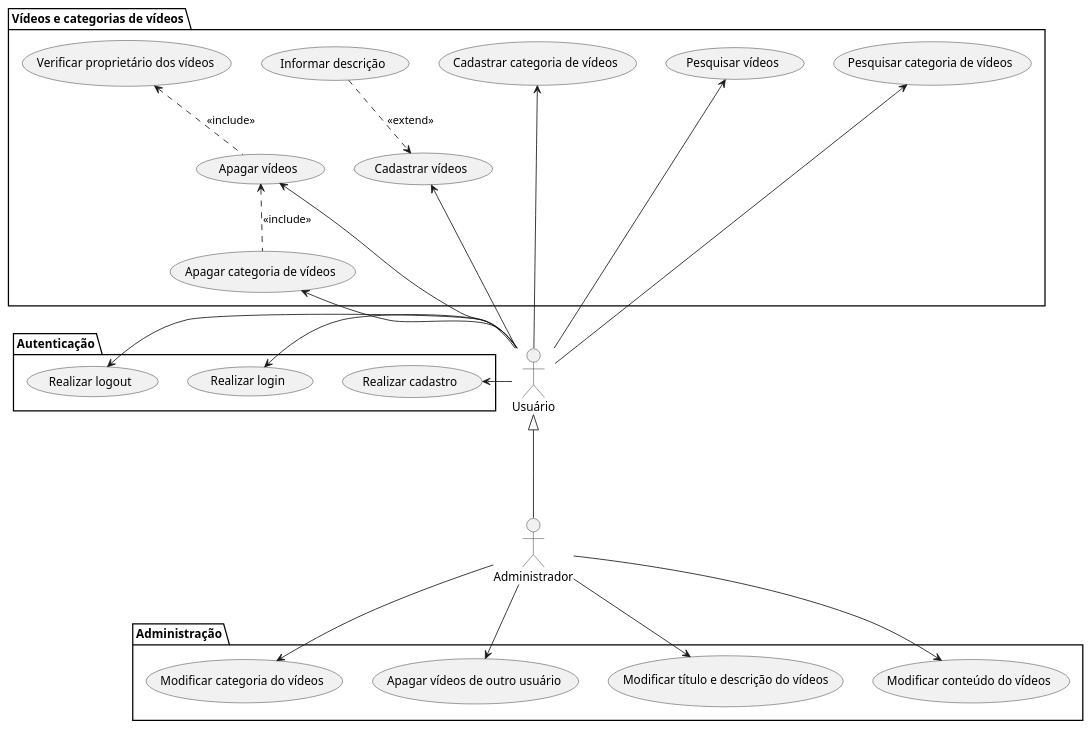
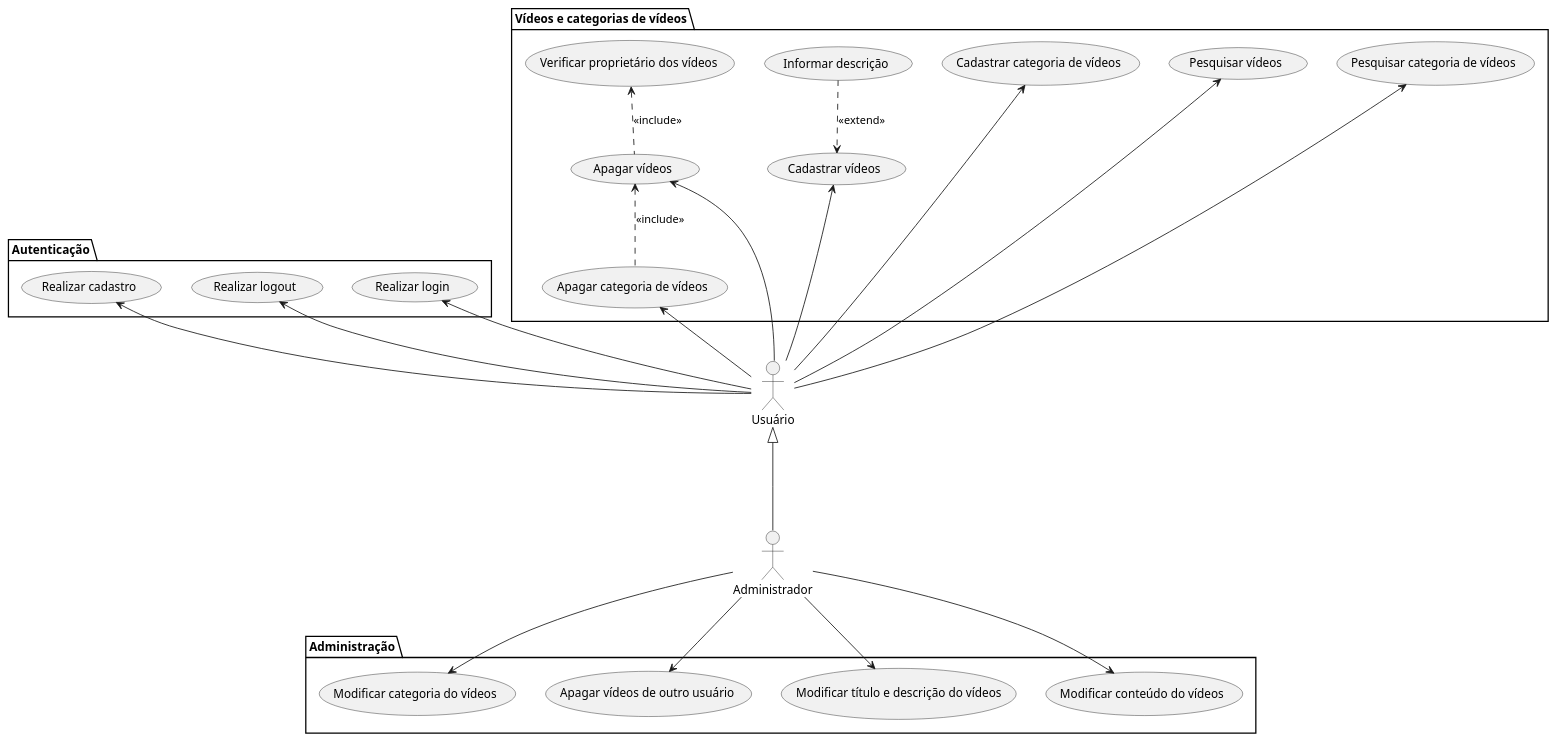
Before and after one commit to MurylloEx/DevFlix-PSW: the diagram in DevFlix.puml, drawn with PlantUML. The commit also changed 1 other file, not shown here.

Commit message:
Adicionado logout.

```diff
--- a/DevFlix.puml
+++ b/DevFlix.puml
@@ -1,63 +1,63 @@
 @startuml DevFlix
 skinparam Style strictuml
 
 :Usuário: as usuario
 :Administrador: as administrador
 
 
 /' Casos de uso do usuário '/
 package Autenticação {
     (Realizar logout) as logout
     (Realizar cadastro) as cadastro
     (Realizar login) as login
 }
 package "Vídeos e categorias de vídeos" {
     (Apagar vídeos) as apagarv
     (Pesquisar vídeos) as pesqv
     (Cadastrar vídeos) as cadv
     (Informar descrição) as infdesc
     (Pesquisar categoria de vídeos) as pesqcatv
     (Cadastrar categoria de vídeos) as cadcatv
     (Apagar categoria de vídeos) as apgcatv
     (Verificar proprietário dos vídeos) as verifprop
 }
 
 
 /' Casos de uso do administrador '/
 package Administração {
     (Modificar categoria do vídeos) as modcatv
     (Modificar conteúdo do vídeos) as modcontv
     (Apagar vídeos de outro usuário) as apgvout
     (Modificar título e descrição do vídeos) as modtitdesc
 }
 
 
 /' Generalização dos atores '/
 usuario <|-down-- administrador
 
 /' Associação dos casos de uso do usuário '/
 usuario -up-> cadv
 usuario -up-> pesqcatv
 usuario -up-> apgcatv
 usuario -up-> pesqv
 usuario -up-> cadcatv
 usuario -up-> apagarv
 
 usuario -up-> login
 usuario -left-> cadastro
-usuario -down-> logout
+usuario -left-> logout
 
 
 /' Include e Extend dos casos de uso do usuário '/
 apagarv .up.> verifprop : <<include>>
 apgcatv .up.> apagarv : <<include>>
 infdesc .down.> cadv : <<extend>>
 
 
 /' Associação dos casos de uso do administrador '/
 administrador -right-> modcatv
 administrador -left-> modcontv
 administrador -down-> apgvout
 administrador -down-> modtitdesc
 
 @enduml
```
